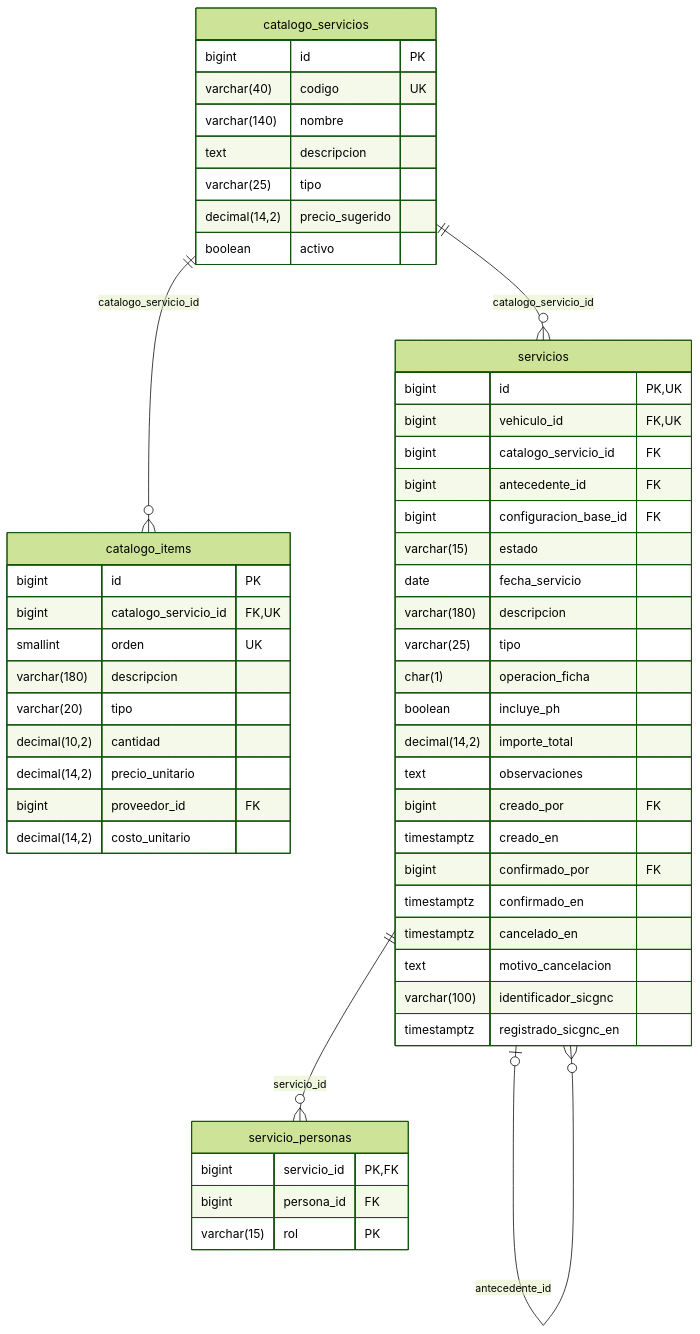
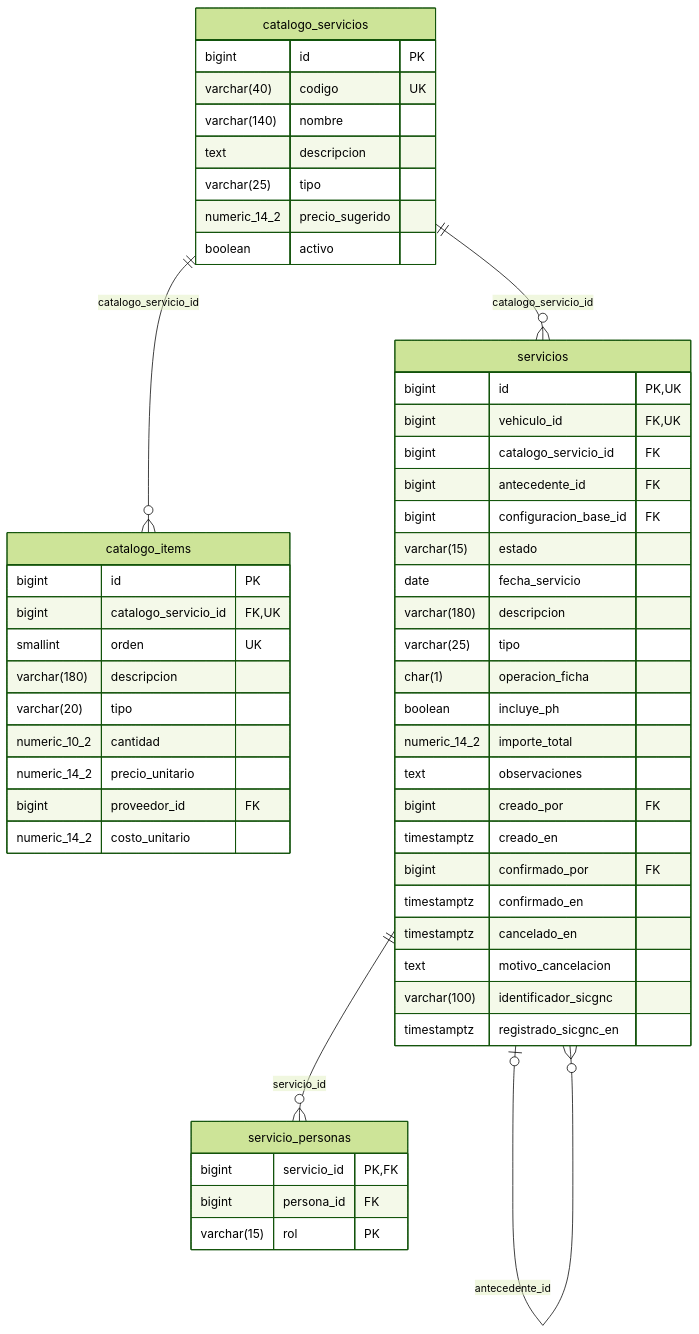
Before and after one commit to Falliot00/TRABAJO-FINAL-INTEGRADOR: the fourth of 11 diagrams in database/DIAGRAMA_ER.md, drawn with Mermaid (forest theme). The commit also changed other lines of this file and 5 other files, not shown here.

Commit message:
docs: corregir diagramas y verificar el diseño de segunda entrega

````diff
--- a/database/DIAGRAMA_ER.md
+++ b/database/DIAGRAMA_ER.md
@@ -165,56 +165,56 @@
 ```mermaid
 erDiagram
     direction TB
     catalogo_servicios {
         bigint id PK
         varchar(40) codigo UK
         varchar(140) nombre
         text descripcion
         varchar(25) tipo
-        decimal(14,2) precio_sugerido
+        numeric_14_2 precio_sugerido
         boolean activo
     }
     catalogo_items {
         bigint id PK
         bigint catalogo_servicio_id FK, UK
         smallint orden UK
         varchar(180) descripcion
         varchar(20) tipo
-        decimal(10,2) cantidad
-        decimal(14,2) precio_unitario
+        numeric_10_2 cantidad
+        numeric_14_2 precio_unitario
         bigint proveedor_id FK
-        decimal(14,2) costo_unitario
+        numeric_14_2 costo_unitario
     }
     servicios {
         bigint id PK, UK
         bigint vehiculo_id FK, UK
         bigint catalogo_servicio_id FK
         bigint antecedente_id FK
         bigint configuracion_base_id FK
         varchar(15) estado
         date fecha_servicio
         varchar(180) descripcion
         varchar(25) tipo
         char(1) operacion_ficha
         boolean incluye_ph
-        decimal(14,2) importe_total
+        numeric_14_2 importe_total
         text observaciones
         bigint creado_por FK
         timestamptz creado_en
         bigint confirmado_por FK
         timestamptz confirmado_en
         timestamptz cancelado_en
         text motivo_cancelacion
         varchar(100) identificador_sicgnc
         timestamptz registrado_sicgnc_en
     }
     servicio_personas {
         bigint servicio_id PK, FK
         bigint persona_id FK
         varchar(15) rol PK
     }
     catalogo_servicios ||--o{ catalogo_items : "catalogo_servicio_id"
     catalogo_servicios ||--o{ servicios : "catalogo_servicio_id"
     servicios |o--o{ servicios : "antecedente_id"
     servicios ||--o{ servicio_personas : "servicio_id"
 ```
````
